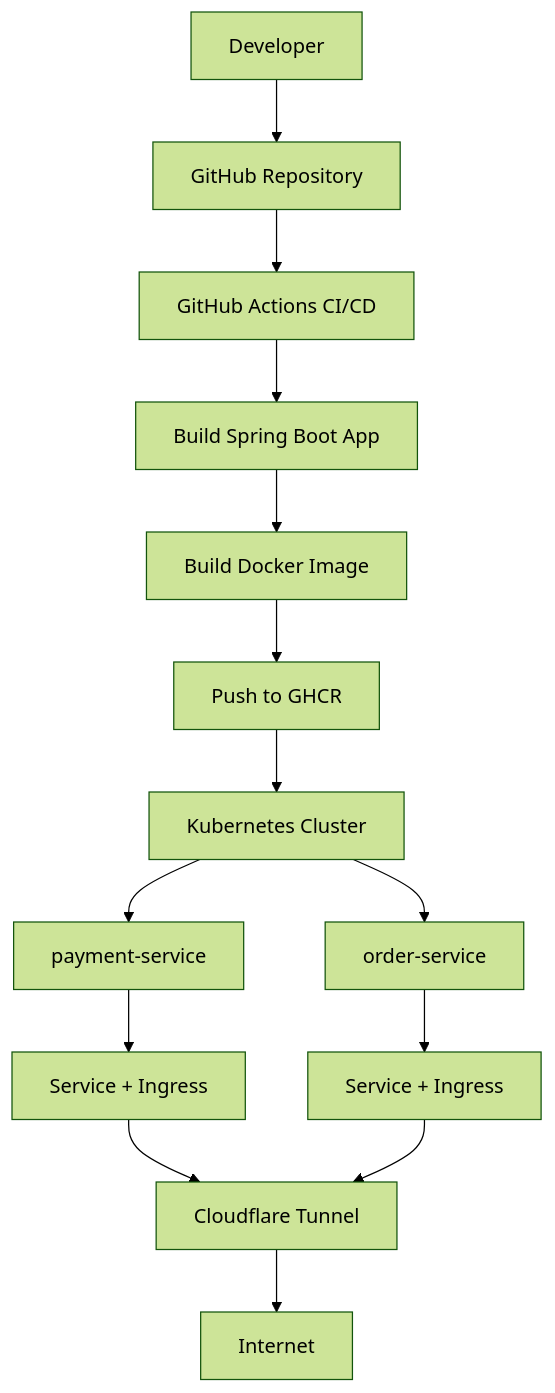
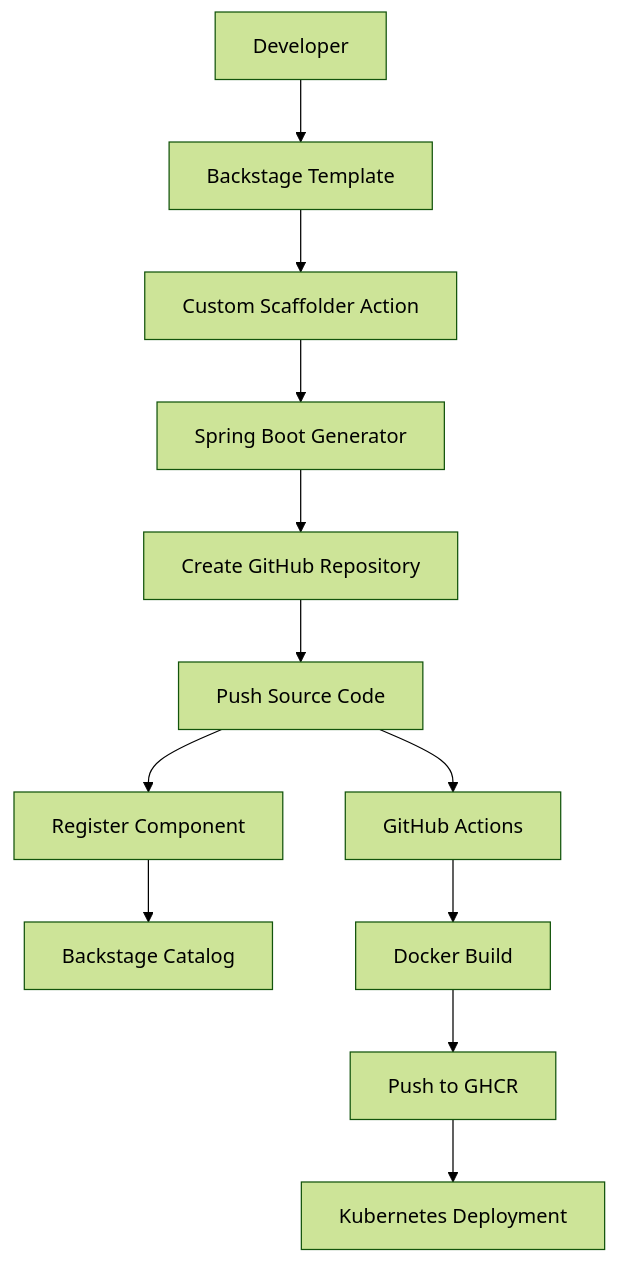
Before and after one commit to Marcelphilippeandrade/developer-platform-idp: the diagram in README.md, drawn with Mermaid (forest theme). The commit also changed other lines of this file and 138 other files, not shown here.

````diff
--- a/README.md
+++ b/README.md
@@ -59,29 +75,25 @@
 ```mermaid
 flowchart TD
 
-A[Developer] --> B[GitHub Repository]
+A[Developer] --> B[Backstage Template]
 
-B --> C[GitHub Actions CI/CD]
+B --> C[Custom Scaffolder Action]
 
-C --> D[Build Spring Boot App]
+C --> D[Spring Boot Generator]
 
-D --> E[Build Docker Image]
+D --> E[Create GitHub Repository]
 
-E --> F[Push to GHCR]
+E --> F[Push Source Code]
 
-F --> G[Kubernetes Cluster]
+F --> G[Register Component]
 
-G --> H[payment-service]
+G --> H[Backstage Catalog]
 
-G --> I[order-service]
+F --> I[GitHub Actions]
 
-H --> J[Service + Ingress]
+I --> J[Docker Build]
 
-I --> K[Service + Ingress]
+J --> K[Push to GHCR]
 
-J --> L[Cloudflare Tunnel]
-
-K --> L
-
-L --> M[Internet]
+K --> L[Kubernetes Deployment]
 ```
````
